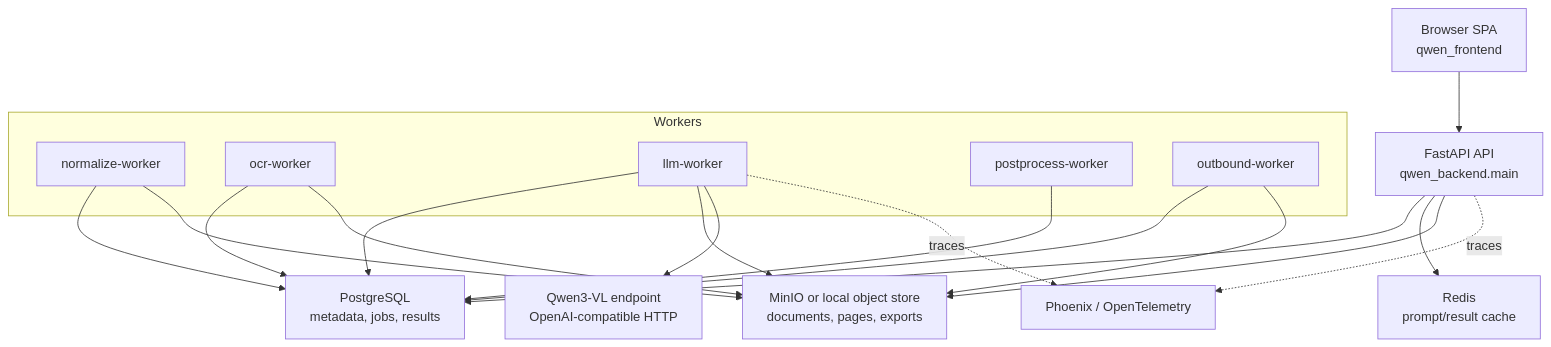
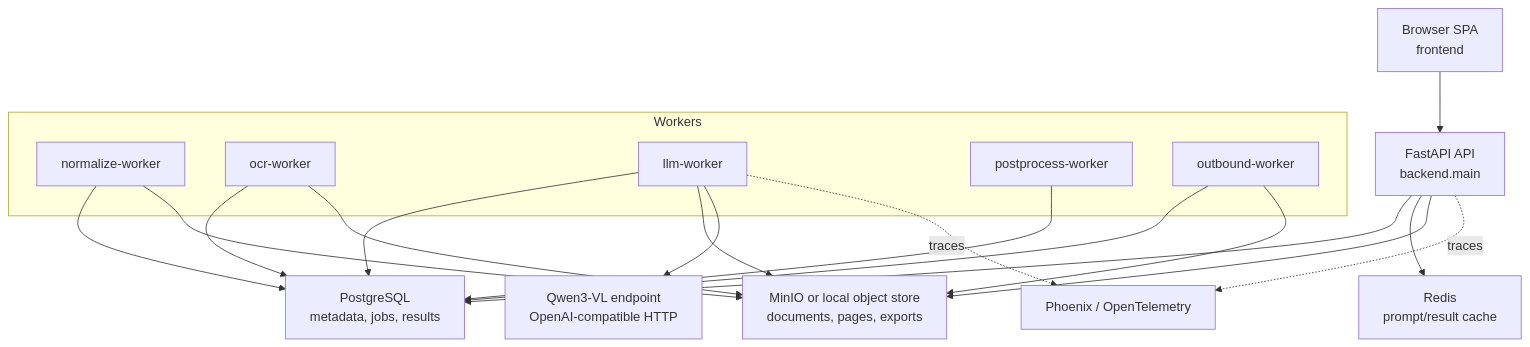
One commit to DeepakG-ai/Augemented_OCR_PaddleOCR_VL changed the first of 8 diagrams in spec.md. Above: the diagram before and after it, drawn with Mermaid. The commit also changed other lines of this file and 95 other files, not shown here.

````diff
--- a/spec.md
+++ b/spec.md
@@ -55,30 +55,30 @@
 ```mermaid
 graph TB
-    UI["Browser SPA<br/>qwen_frontend"] --> API["FastAPI API<br/>qwen_backend.main"]
+    UI["Browser SPA<br/>frontend"] --> API["FastAPI API<br/>backend.main"]
     API --> PG["PostgreSQL<br/>metadata, jobs, results"]
     API --> RD["Redis<br/>prompt/result cache"]
     API --> MN["MinIO or local object store<br/>documents, pages, exports"]
 
     subgraph Workers
         NW["normalize-worker"]
         OW["ocr-worker"]
         LW["llm-worker"]
         PW["postprocess-worker"]
         XW["outbound-worker"]
     end
 
     NW --> PG
     OW --> PG
     LW --> PG
     PW --> PG
     XW --> PG
 
     NW --> MN
     OW --> MN
     LW --> MN
     XW --> MN
 
     LW --> QWEN["Qwen3-VL endpoint<br/>OpenAI-compatible HTTP"]
     API -. traces .-> PHX["Phoenix / OpenTelemetry"]
     LW -. traces .-> PHX
 ```
````
